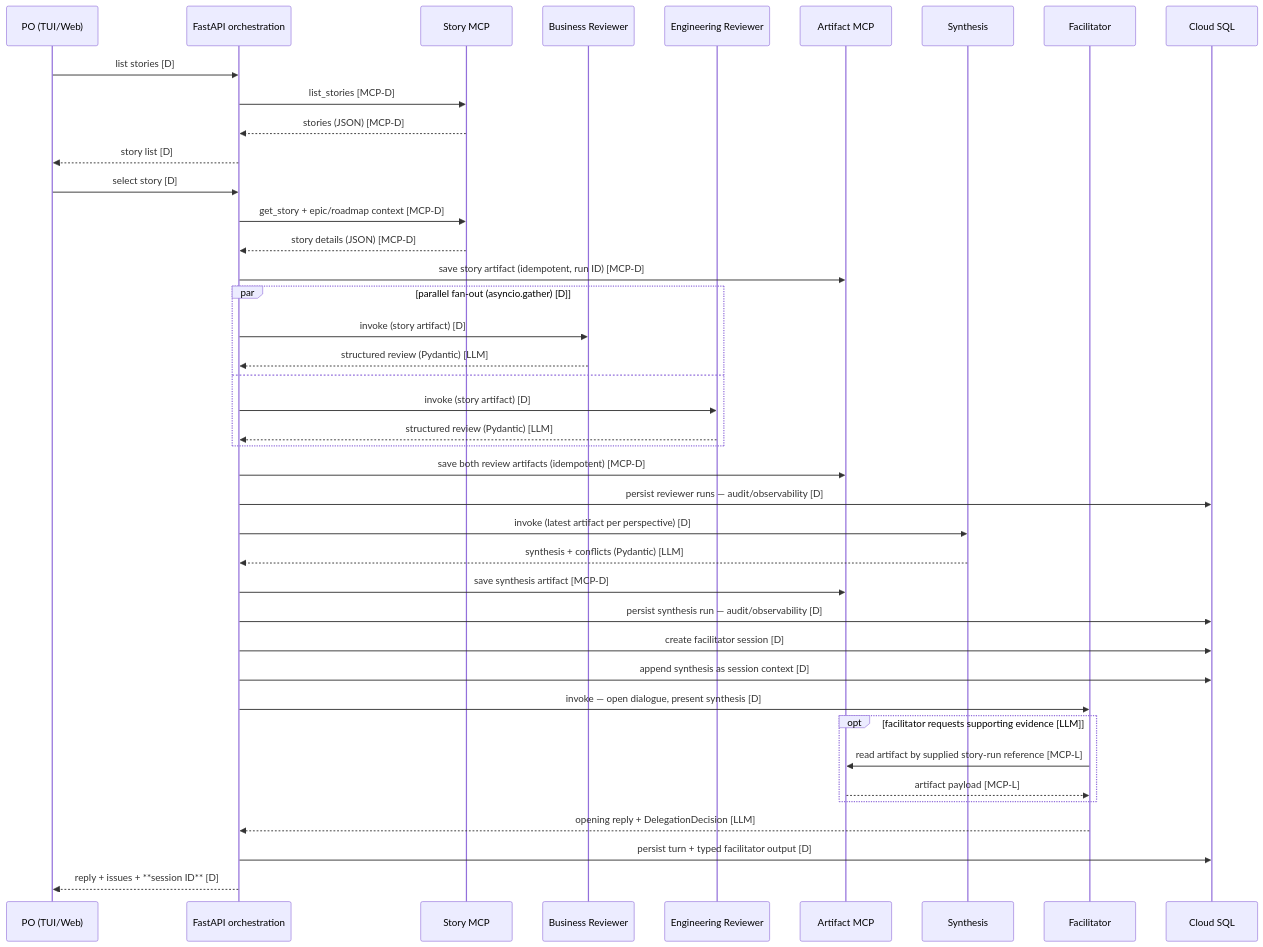
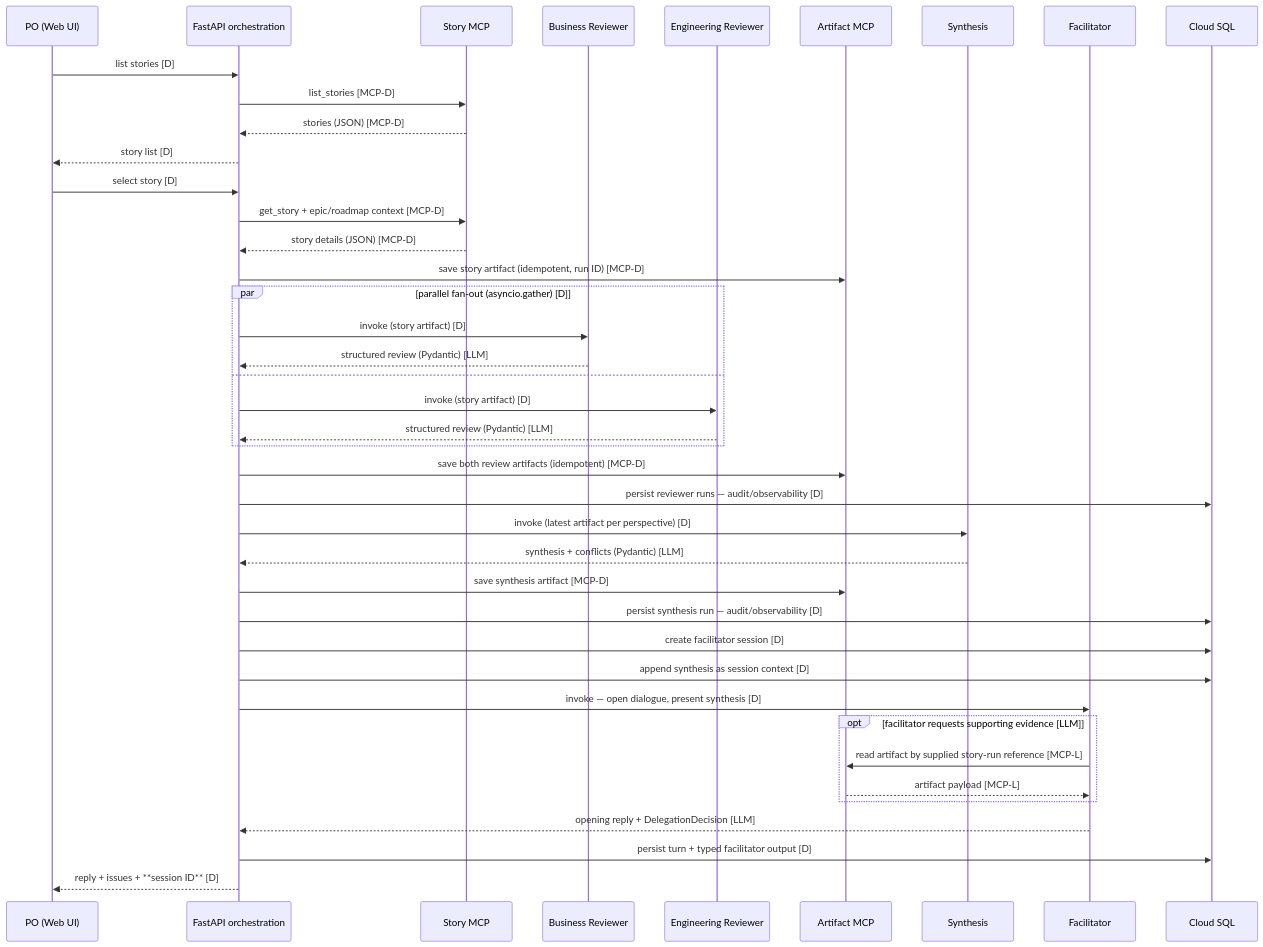
One commit to MMZ993/story-review changed the first of 4 diagrams in docs/design/data-flow.md. Above: the diagram before and after it, drawn with Mermaid. The commit also changed other lines of this file and 5 other files, not shown here.

Commit message:
docs: replace TUI-first client with minimal web UI (D16)

````diff
--- a/docs/design/data-flow.md
+++ b/docs/design/data-flow.md
@@ -17,44 +17,44 @@
 ```mermaid
 sequenceDiagram
-    participant PO as PO (TUI/Web)
+    participant PO as PO (Web UI)
     participant F as FastAPI orchestration
     participant S as Story MCP
     participant B as Business Reviewer
     participant E as Engineering Reviewer
     participant A as Artifact MCP
     participant Y as Synthesis
     participant T as Facilitator
     participant C as Cloud SQL
 
     PO->>F: list stories [D]
     F->>S: list_stories [MCP-D]
     S-->>F: stories (JSON) [MCP-D]
     F-->>PO: story list [D]
     PO->>F: select story [D]
     F->>S: get_story + epic/roadmap context [MCP-D]
     S-->>F: story details (JSON) [MCP-D]
     F->>A: save story artifact (idempotent, run ID) [MCP-D]
     par parallel fan-out (asyncio.gather) [D]
         F->>B: invoke (story artifact) [D]
         B-->>F: structured review (Pydantic) [LLM]
     and
         F->>E: invoke (story artifact) [D]
         E-->>F: structured review (Pydantic) [LLM]
     end
     F->>A: save both review artifacts (idempotent) [MCP-D]
     F->>C: persist reviewer runs — audit/observability [D]
     F->>Y: invoke (latest artifact per perspective) [D]
     Y-->>F: synthesis + conflicts (Pydantic) [LLM]
     F->>A: save synthesis artifact [MCP-D]
     F->>C: persist synthesis run — audit/observability [D]
     F->>C: create facilitator session [D]
     F->>C: append synthesis as session context [D]
     F->>T: invoke — open dialogue, present synthesis [D]
     opt facilitator requests supporting evidence [LLM]
         T->>A: read artifact by supplied story-run reference [MCP-L]
         A-->>T: artifact payload [MCP-L]
     end
     T-->>F: opening reply + DelegationDecision [LLM]
     F->>C: persist turn + typed facilitator output [D]
     F-->>PO: reply + issues + **session ID** [D]
 ```
````
